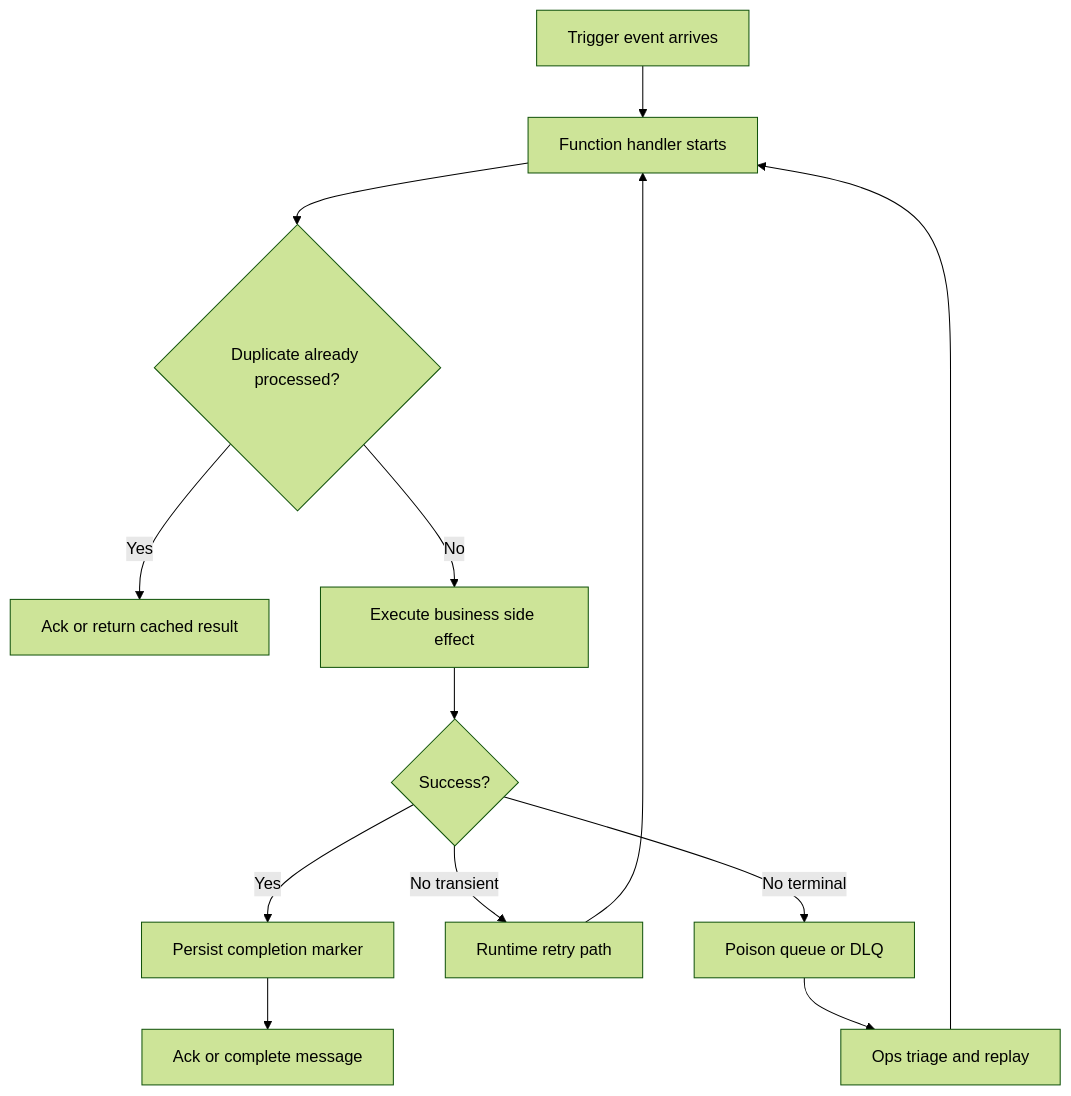
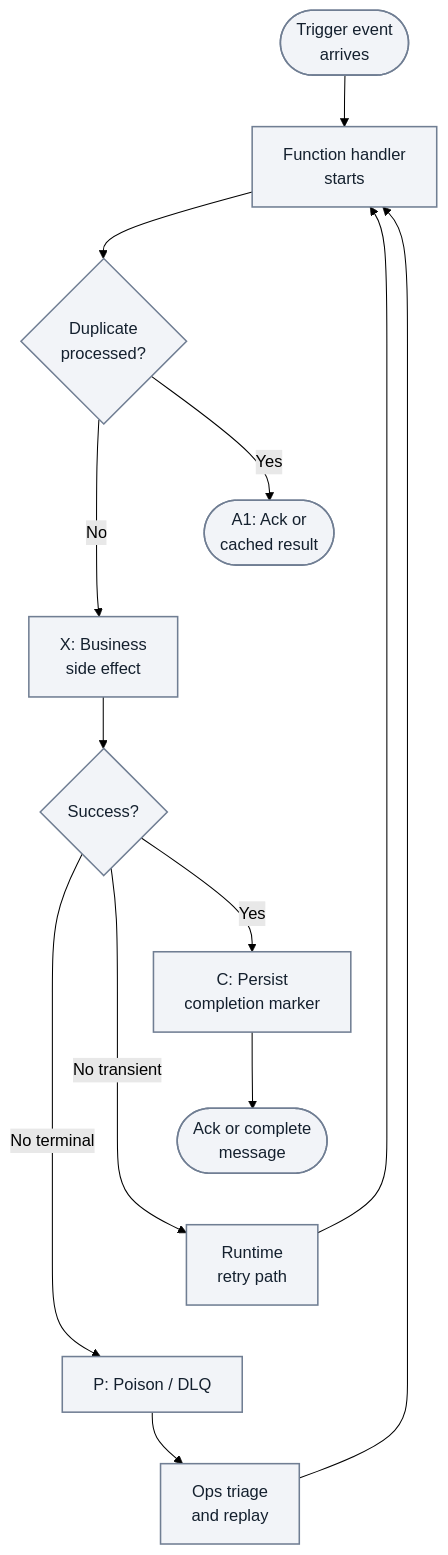
Before and after one commit to yeongseon/azure-functions-practical-guide: the second of 2 diagrams in docs/best-practices/reliability.md, drawn with Mermaid (forest theme). The commit also changed other lines of this file and 3 other files, not shown here.

First line of the commit message:
docs(diagrams): migrate Functions reliability and retries — reliability and retries and poison handling and related pages (#423)

````diff
--- a/docs/best-practices/reliability.md
+++ b/docs/best-practices/reliability.md
@@ -315,15 +319,23 @@
 ```mermaid
 flowchart TD
-    T[Trigger event arrives] --> H[Function handler starts]
-    H --> D{Duplicate already processed?}
-    D -->|Yes| A1[Ack or return cached result]
-    D -->|No| X[Execute business side effect]
-    X --> S{Success?}
-    S -->|Yes| C[Persist completion marker]
-    C --> A2[Ack or complete message]
-    S -->|No transient| R[Runtime retry path]
+    accTitle: Message retry and recovery lifecycle
+    accDescr: Illustrative lifecycle preserving duplicate acknowledgement, business side effects, durable completion, transient retry and terminal triage with replay back to the handler. Recovery destinations and retry support are trigger-specific.
+    T(["Trigger event<br/>arrives"]) --> H["Function handler<br/>starts"]
+    H --> D{"Duplicate<br/>processed?"}
+    D -->|Yes| A1(["A1: Ack or<br/>cached result"])
+    D -->|No| X["X: Business<br/>side effect"]
+    X --> S{"Success?"}
+    S -->|Yes| C["C: Persist<br/>completion marker"]
+    C --> A2(["Ack or complete<br/>message"])
+    S -->|No transient| R["Runtime<br/>retry path"]
     R --> H
-    S -->|No terminal| P[Poison queue or DLQ]
-    P --> O[Ops triage and replay]
+    S -->|No terminal| P["P: Poison / DLQ"]
+    P --> O["Ops triage<br/>and replay"]
     O --> H
+    %% Layout-only tiers add no processing steps or semantic arrows.
+    A1 ~~~ X
+    A2 ~~~ R
+    R ~~~ P
+    classDef neutral fill:#f2f4f8,stroke:#707e93,stroke-width:1.5px,color:#14202e;
+    class T,H,D,A1,X,S,C,A2,R,P,O neutral;
 ```
````
